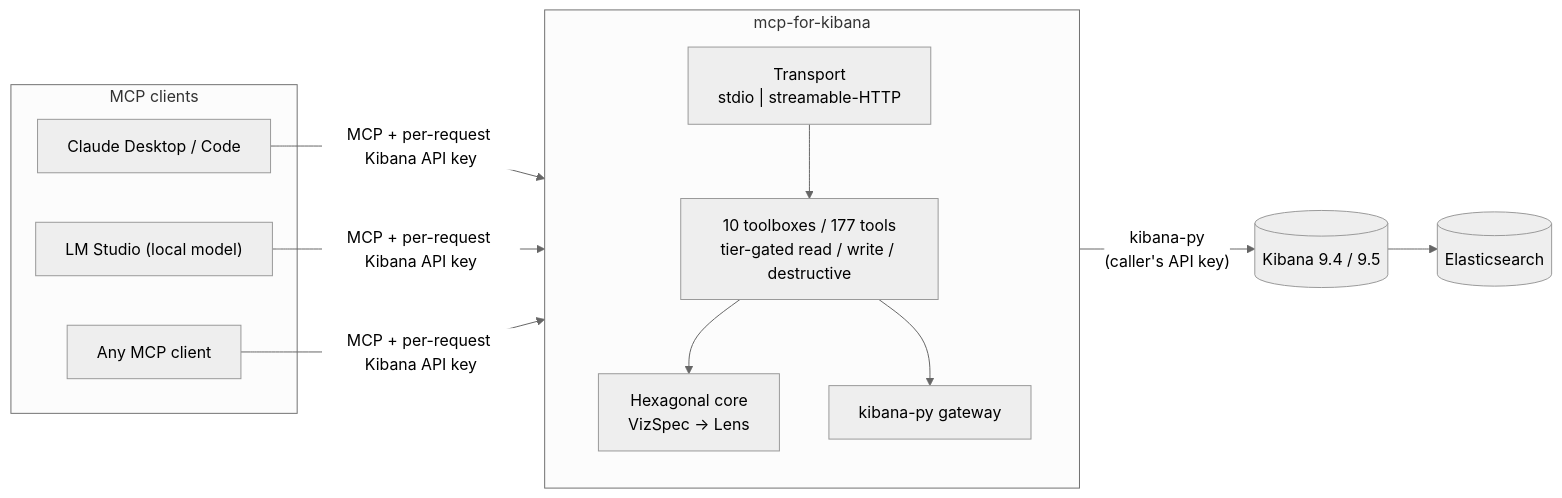
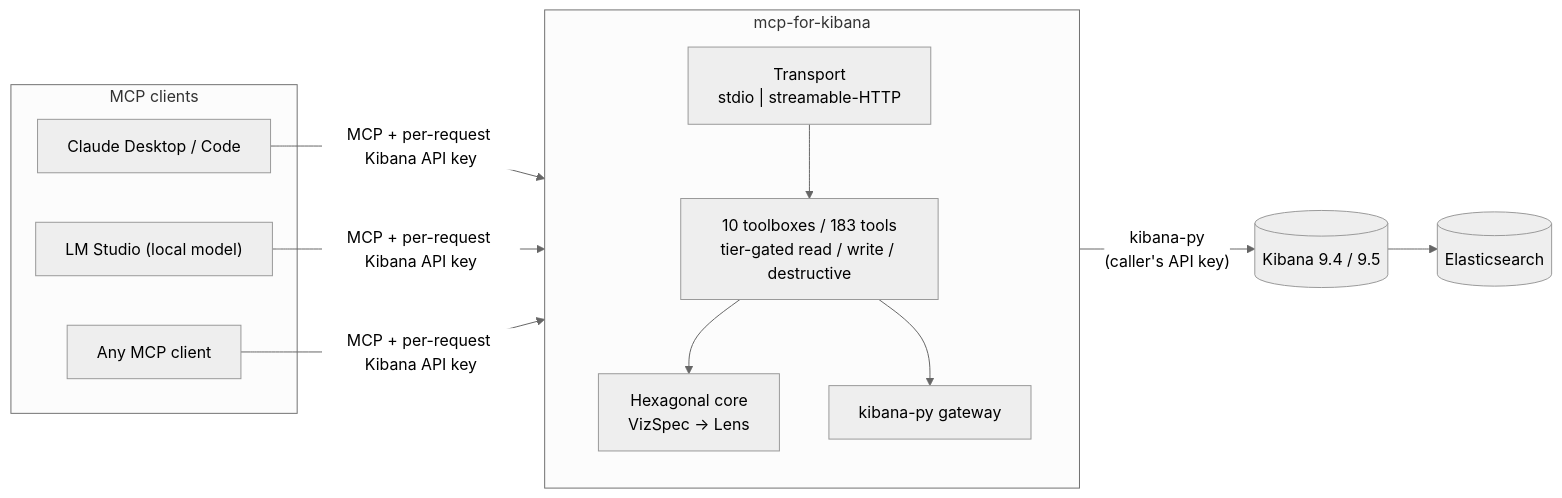
The first of 4 diagrams in docs/architecture.md (pedro-angel/mcp-for-kibana), drawn with Mermaid (neutral theme) before and after one commit. The commit also changed other lines of this file and 25 other files, not shown here.

````diff
--- a/docs/architecture.md
+++ b/docs/architecture.md
@@ -14,23 +14,23 @@
 ```mermaid
 flowchart LR
     subgraph clients["MCP clients"]
         Claude["Claude Desktop / Code"]
         LMS["LM Studio (local model)"]
         Other["Any MCP client"]
     end
     subgraph server["mcp-for-kibana"]
         direction TB
         Transport["Transport<br/>stdio | streamable-HTTP"]
-        Toolboxes["10 toolboxes / 177 tools<br/>tier-gated read / write / destructive"]
+        Toolboxes["10 toolboxes / 183 tools<br/>tier-gated read / write / destructive"]
         Core["Hexagonal core<br/>VizSpec → Lens"]
         Gateway["kibana-py gateway"]
         Transport --> Toolboxes --> Core
         Toolboxes --> Gateway
     end
     ES[("Elasticsearch")]
     Kibana[("Kibana 9.4 / 9.5")]
 
     Claude & LMS & Other -->|"MCP + per-request Kibana API key"| Transport
     Gateway -->|"kibana-py<br/>(caller's API key)"| Kibana
     Kibana --> ES
 ```
````
